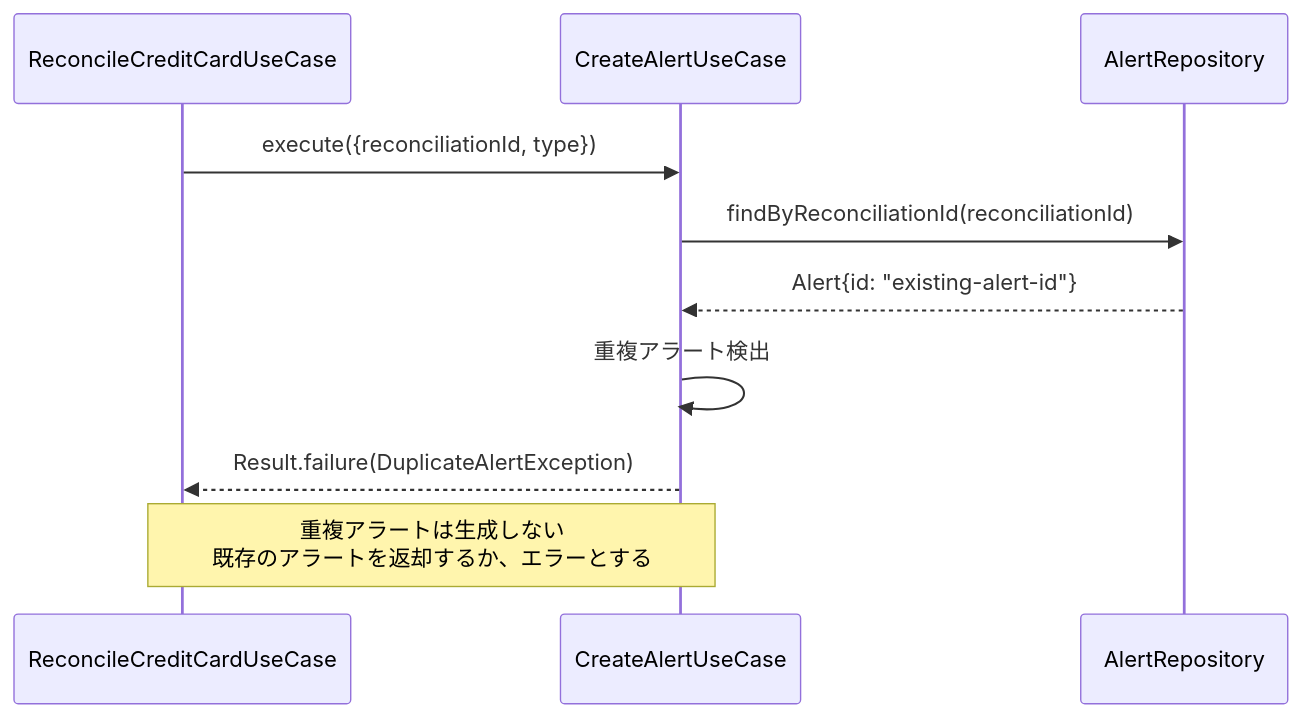
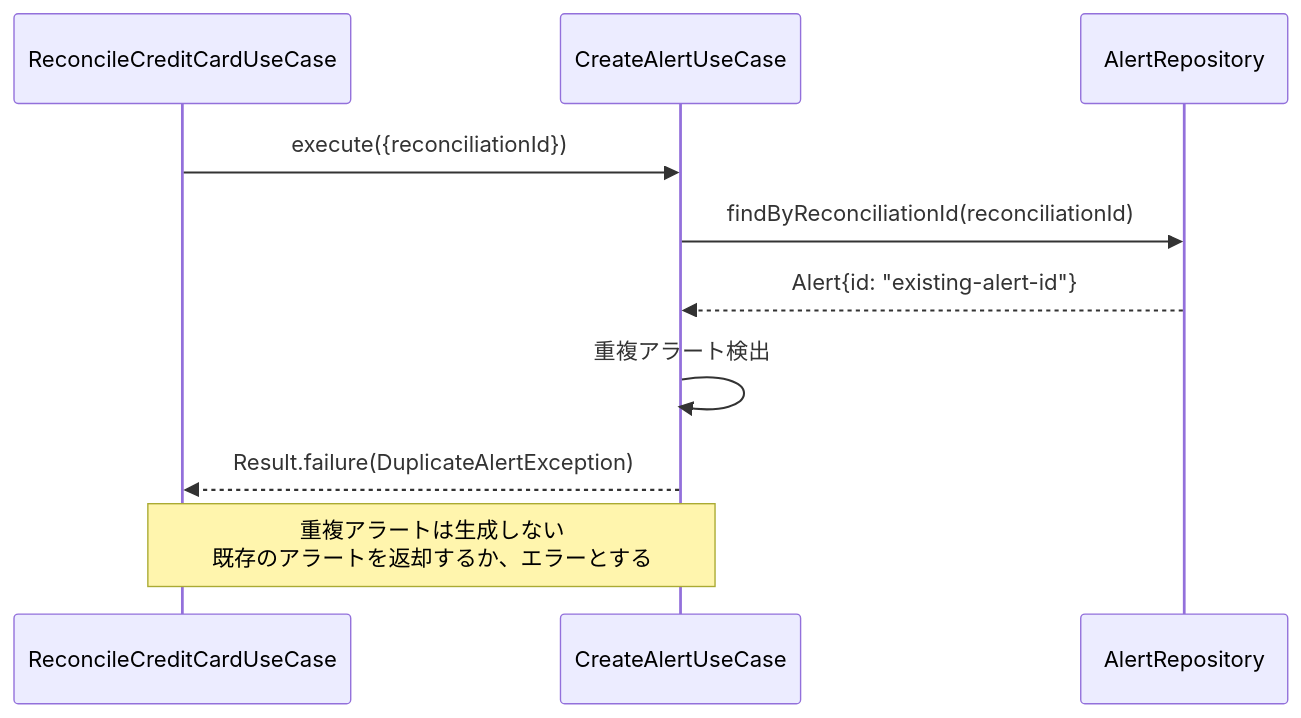
Before and after one commit to kencom2400/account-book: the seventh of 8 diagrams in docs/detailed-design/FR-015_inconsistency-alert/sequence-diagrams.md, drawn with Mermaid. The commit also changed other lines of this file and 3 other files, not shown here.

````diff
--- a/docs/detailed-design/FR-015_inconsistency-alert/sequence-diagrams.md
+++ b/docs/detailed-design/FR-015_inconsistency-alert/sequence-diagrams.md
@@ -329,17 +336,17 @@
 ```mermaid
 sequenceDiagram
     participant RC as ReconcileCreditCardUseCase
     participant CA as CreateAlertUseCase
     participant AR as AlertRepository
 
-    RC->>CA: execute({reconciliationId, type})
+    RC->>CA: execute({reconciliationId})
 
     CA->>AR: findByReconciliationId(reconciliationId)
     AR-->>CA: Alert{id: "existing-alert-id"}
 
     CA->>CA: 重複アラート検出
 
     CA-->>RC: Result.failure(DuplicateAlertException)
 
     Note over CA,RC: 重複アラートは生成しない<br/>既存のアラートを返却するか、エラーとする
 ```
````
